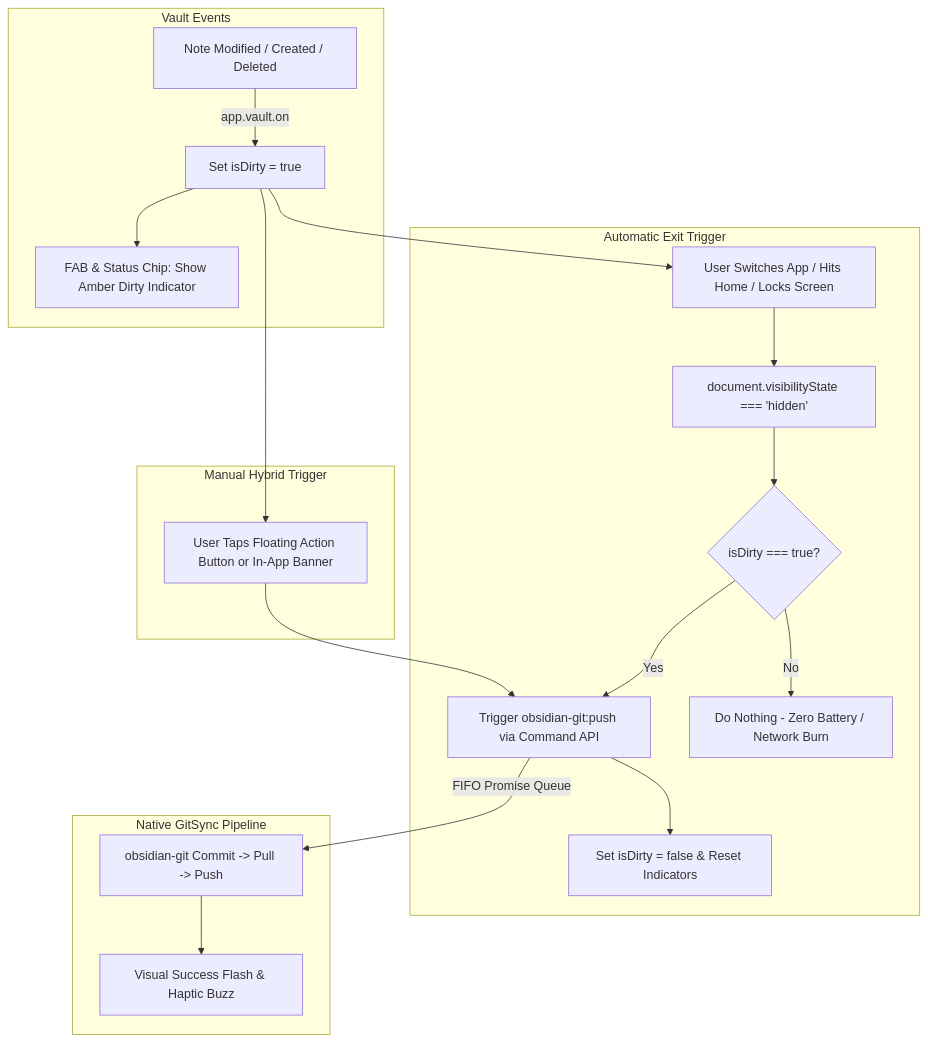
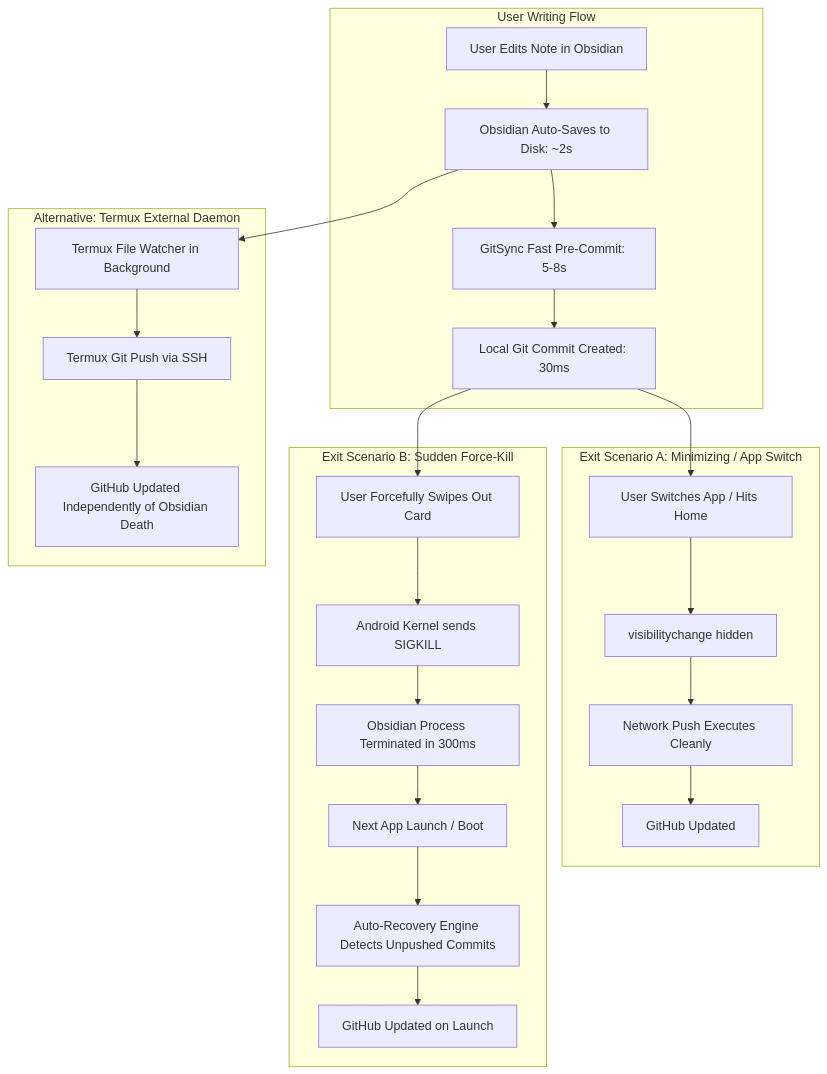
Before and after one commit to anonymous5-coder/Obsidian_files: the diagram in GIT_SYNC_COMPANION_PROPOSAL.md, drawn with Mermaid. The commit also changed other lines of this file and 1 other file, not shown here.

Commit message:
vault backup: 2026-11-17 11:48:57

````diff
--- a/GIT_SYNC_COMPANION_PROPOSAL.md
+++ b/GIT_SYNC_COMPANION_PROPOSAL.md
@@ -44,26 +52,30 @@
 ```mermaid
 flowchart TD
-    subgraph Vault Events
-        M[Note Modified / Created / Deleted] -->|app.vault.on| D[Set isDirty = true]
-        D --> UI_DIRTY[FAB & Status Chip: Show Amber Dirty Indicator]
+    subgraph User Writing Flow
+        E[User Edits Note in Obsidian] --> SAVE[Obsidian Auto-Saves to Disk: ~2s]
+        SAVE --> PRECOMMIT[GitSync Fast Pre-Commit: 5-8s]
+        PRECOMMIT --> LOCAL_OK[Local Git Commit Created: 30ms]
     end
 
-    subgraph Automatic Exit Trigger
-        D --> SWIPE[User Switches App / Hits Home / Locks Screen]
-        SWIPE --> VIS[document.visibilityState === 'hidden']
-        VIS --> CHECK{isDirty === true?}
-        CHECK -->|Yes| EXEC[Trigger obsidian-git:push via Command API]
-        CHECK -->|No| IDLE[Do Nothing - Zero Battery / Network Burn]
-        EXEC --> CLEAN[Set isDirty = false & Reset Indicators]
+    subgraph Exit Scenario A: Minimizing / App Switch
+        LOCAL_OK --> SWIPE_A[User Switches App / Hits Home]
+        SWIPE_A --> VIS[visibilitychange hidden]
+        VIS --> PUSH_A[Network Push Executes Cleanly]
+        PUSH_A --> REMOTE_A[GitHub Updated]
     end
 
-    subgraph Manual Hybrid Trigger
-        D --> TAP[User Taps Floating Action Button or In-App Banner]
-        TAP --> EXEC
+    subgraph Exit Scenario B: Sudden Force-Kill
+        LOCAL_OK --> SWIPE_B[User Forcefully Swipes Out Card]
+        SWIPE_B --> SIGKILL[Android Kernel sends SIGKILL]
+        SIGKILL --> DIED[Obsidian Process Terminated in 300ms]
+        DIED --> RECOVER[Next App Launch / Boot]
+        RECOVER --> BOOT_SYNC[Auto-Recovery Engine Detects Unpushed Commits]
+        BOOT_SYNC --> REMOTE_B[GitHub Updated on Launch]
     end
 
-    subgraph Native GitSync Pipeline
-        EXEC -->|FIFO Promise Queue| Q[obsidian-git Commit -> Pull -> Push]
-        Q --> SUCCESS[Visual Success Flash & Haptic Buzz]
+    subgraph Alternative: Termux External Daemon
+        SAVE --> TMX_WATCH[Termux File Watcher in Background]
+        TMX_WATCH --> TMX_PUSH[Termux Git Push via SSH]
+        TMX_PUSH --> REMOTE_C[GitHub Updated Independently of Obsidian Death]
     end
 ```
````
